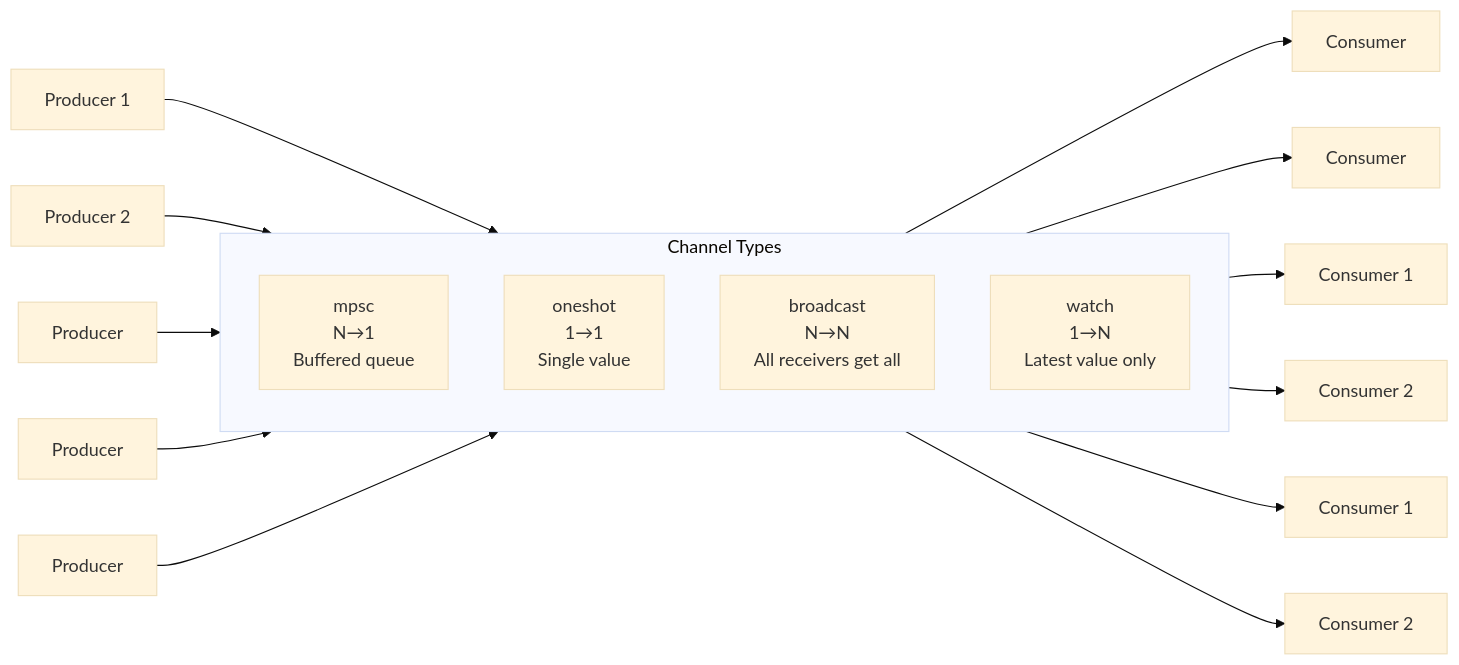
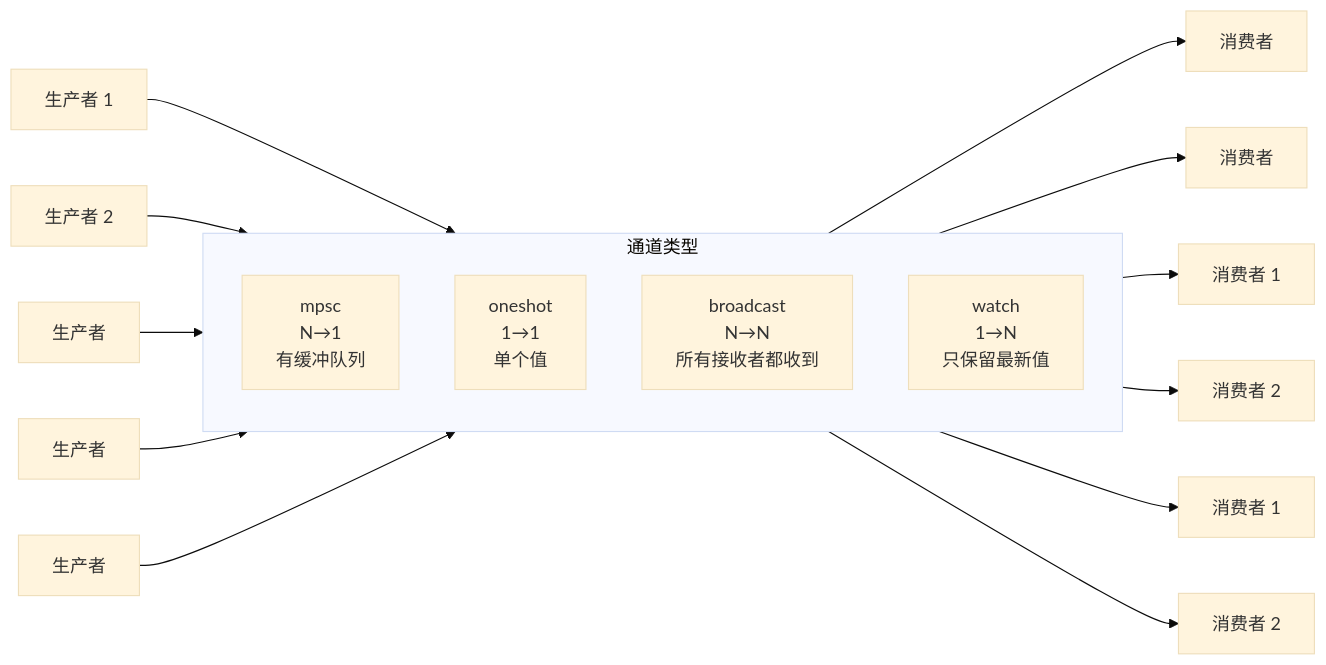
One commit to hearsay316/RustTraining changed the second of 3 diagrams in async-book/src-zh/ch08-tokio-deep-dive.md. Above: the diagram before and after it, drawn with Mermaid (base theme). The commit also changed other lines of this file and 18 other files, not shown here.

````diff
--- a/async-book/src-zh/ch08-tokio-deep-dive.md
+++ b/async-book/src-zh/ch08-tokio-deep-dive.md
@@ -192,25 +192,25 @@
 ```mermaid
 graph LR
-    subgraph "Channel Types"
+    subgraph "通道类型"
         direction TB
-        MPSC["mpsc<br/>N→1<br/>Buffered queue"]
-        ONESHOT["oneshot<br/>1→1<br/>Single value"]
-        BROADCAST["broadcast<br/>N→N<br/>All receivers get all"]
-        WATCH["watch<br/>1→N<br/>Latest value only"]
+        MPSC["mpsc<br/>N→1<br/>有缓冲队列"]
+        ONESHOT["oneshot<br/>1→1<br/>单个值"]
+        BROADCAST["broadcast<br/>N→N<br/>所有接收者都收到"]
+        WATCH["watch<br/>1→N<br/>只保留最新值"]
     end
 
-    P1["Producer 1"] --> MPSC
-    P2["Producer 2"] --> MPSC
-    MPSC --> C1["Consumer"]
+    P1["生产者 1"] --> MPSC
+    P2["生产者 2"] --> MPSC
+    MPSC --> C1["消费者"]
 
-    P3["Producer"] --> ONESHOT
-    ONESHOT --> C2["Consumer"]
+    P3["生产者"] --> ONESHOT
+    ONESHOT --> C2["消费者"]
 
-    P4["Producer"] --> BROADCAST
-    BROADCAST --> C3["Consumer 1"]
-    BROADCAST --> C4["Consumer 2"]
+    P4["生产者"] --> BROADCAST
+    BROADCAST --> C3["消费者 1"]
+    BROADCAST --> C4["消费者 2"]
 
-    P5["Producer"] --> WATCH
-    WATCH --> C5["Consumer 1"]
-    WATCH --> C6["Consumer 2"]
+    P5["生产者"] --> WATCH
+    WATCH --> C5["消费者 1"]
+    WATCH --> C6["消费者 2"]
 ```
````
